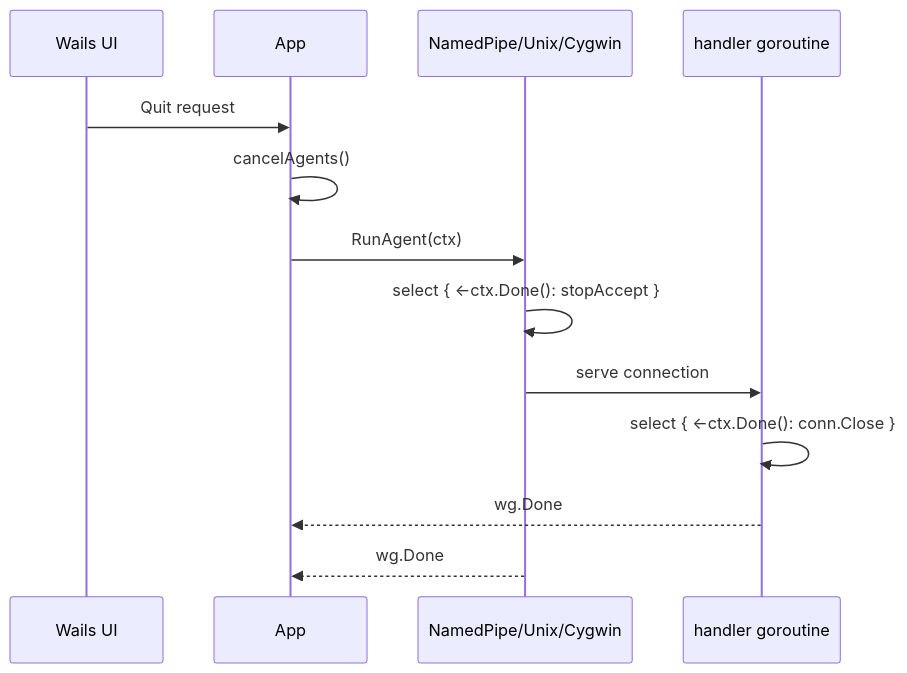
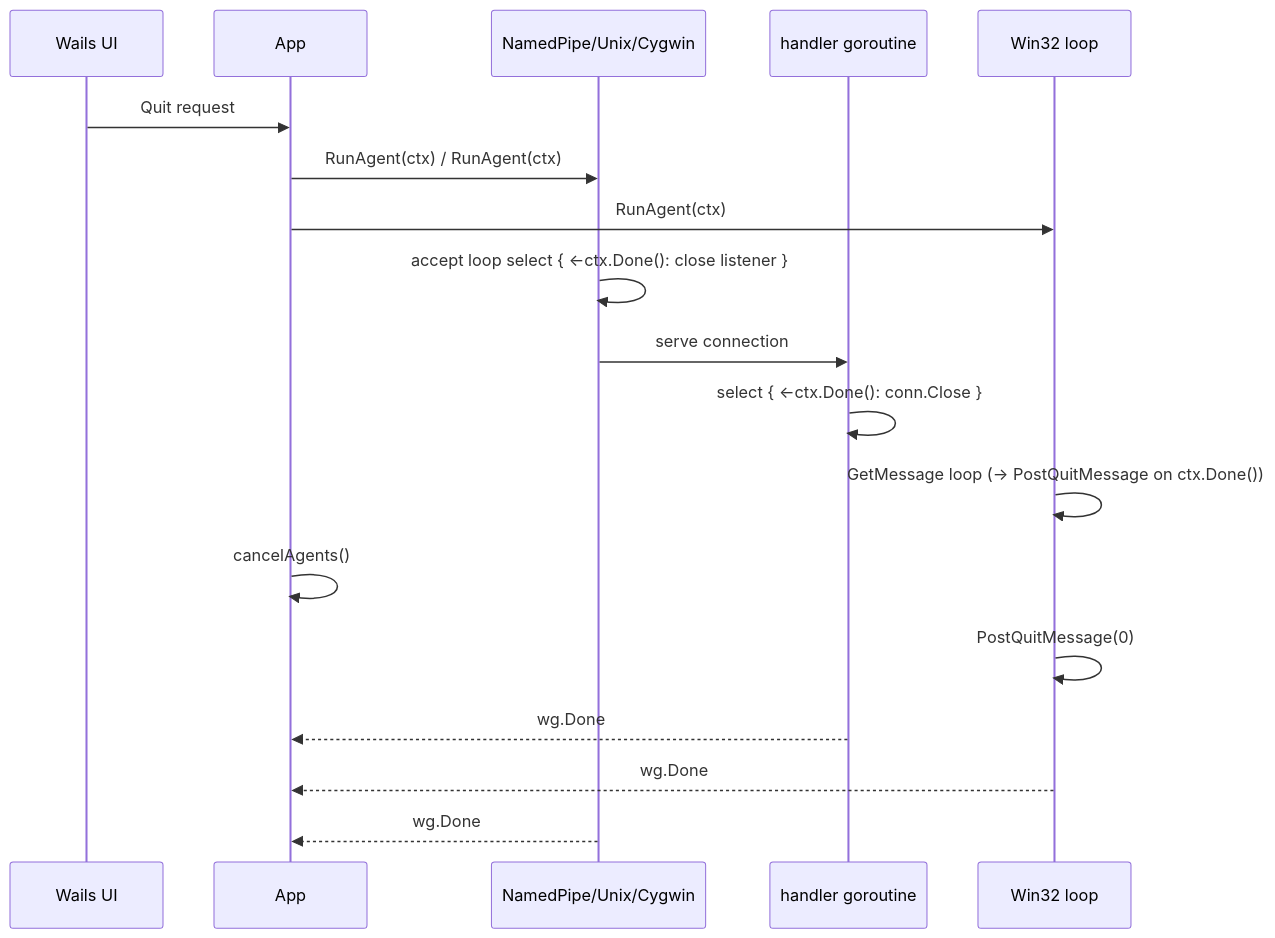
One commit to masahide/OmniSSHAgent changed the second of 2 diagrams in docs/plans/260124-s01-agent-shutdown-cancel.md. Above: the diagram before and after it, drawn with Mermaid. The commit also changed other lines of this file and 11 other files, not shown here.

````diff
--- a/docs/plans/260124-s01-agent-shutdown-cancel.md
+++ b/docs/plans/260124-s01-agent-shutdown-cancel.md
@@ -100,16 +101,21 @@
 ```mermaid
 sequenceDiagram
     participant UI as Wails UI
     participant App
     participant Agent as NamedPipe/Unix/Cygwin
     participant Handler as handler goroutine
+    participant Pageant as Win32 loop
 
     UI->>App: Quit request
-    App->>App: cancelAgents()
-    App->>Agent: RunAgent(ctx)
-    Agent->>Agent: select { <-ctx.Done(): stopAccept }
+    App->>Agent: RunAgent(ctx) / RunAgent(ctx)
+    App->>Pageant: RunAgent(ctx)
+    Agent->>Agent: accept loop select { <-ctx.Done(): close listener }
     Agent->>Handler: serve connection
     Handler->>Handler: select { <-ctx.Done(): conn.Close }
+    Pageant->>Pageant: GetMessage loop (-> PostQuitMessage on ctx.Done())
+    App->>App: cancelAgents()
+    Pageant->>Pageant: PostQuitMessage(0)
     Handler-->>App: wg.Done
+    Pageant-->>App: wg.Done
     Agent-->>App: wg.Done
 ```
````
